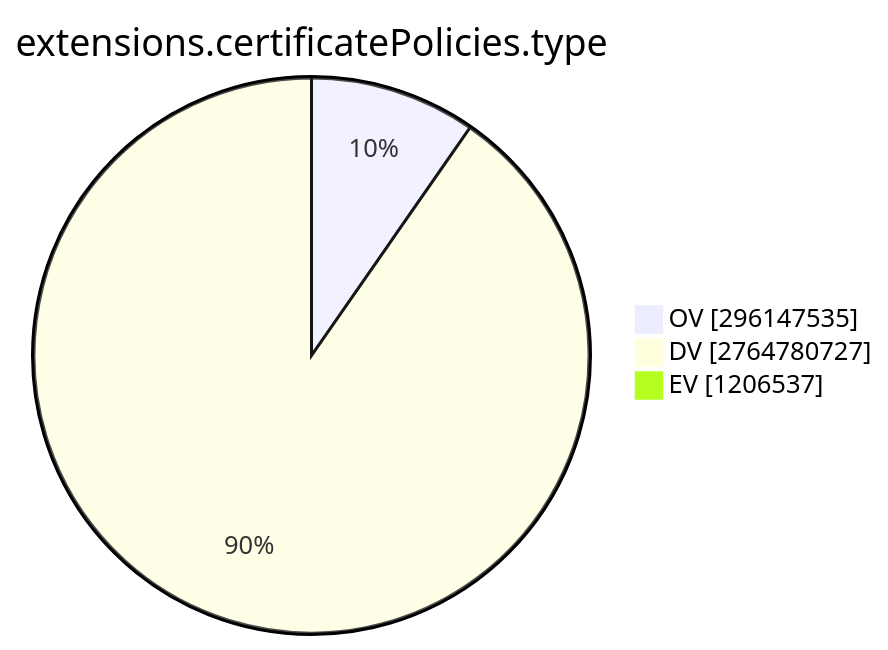
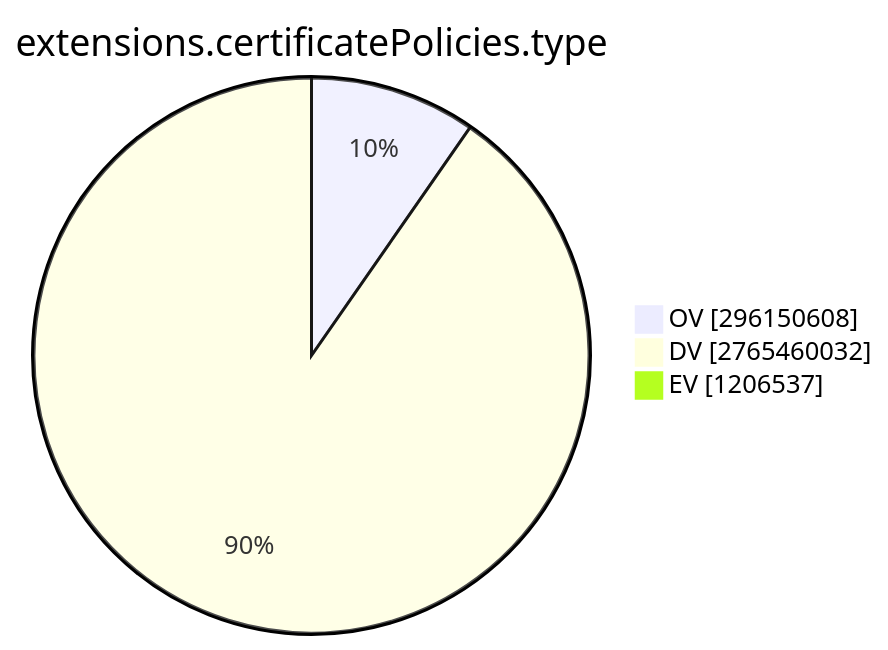
Before and after one commit to christiankrug/ctmonitor_visualization: the ninth of 15 diagrams in TOTAL/README.md, drawn with Mermaid. The commit also changed other lines of this file, not shown here.

````diff
--- a/TOTAL/README.md
+++ b/TOTAL/README.md
@@ -3099,7 +3099,7 @@
 ```mermaid
 pie showData
 title extensions.certificatePolicies.type
-"OV" :296147535
-"DV" :2764780727
+"OV" :296150608
+"DV" :2765460032
 "EV" :1206537
 ```
````
